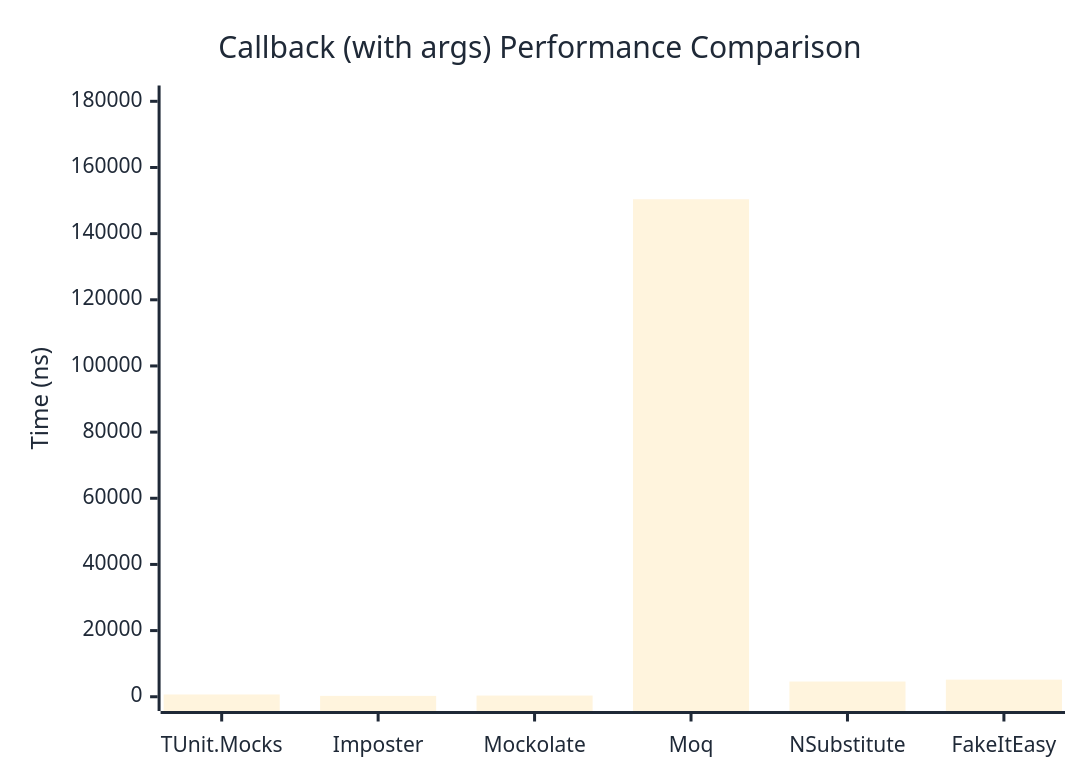
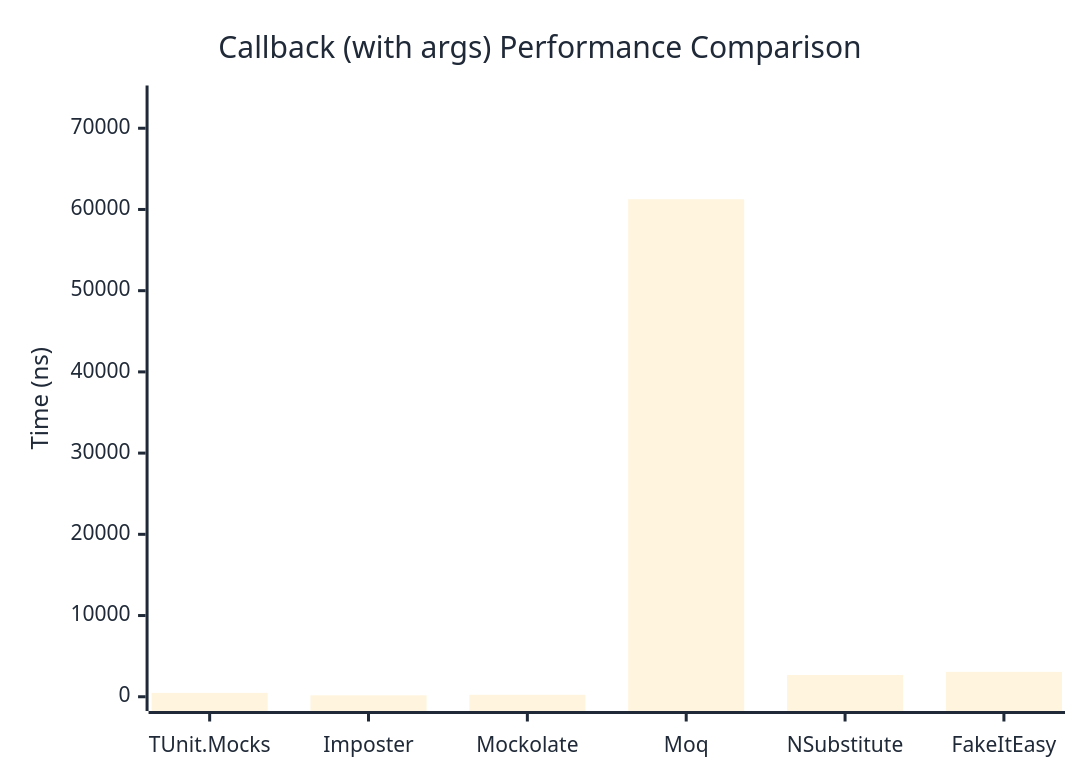
The second of 2 diagrams in docs/docs/benchmarks/mocks/Callback.md (thomhurst/TUnit), drawn with Mermaid before and after one commit. The commit also changed other lines of this file and 14 other files, not shown here.

````diff
--- a/docs/docs/benchmarks/mocks/Callback.md
+++ b/docs/docs/benchmarks/mocks/Callback.md
@@ -71,27 +71,27 @@
 ```mermaid
 %%{init: {
   'theme':'base',
   'themeVariables': {
     'primaryColor': '#2563eb',
     'primaryTextColor': '#1f2937',
     'primaryBorderColor': '#1e40af',
     'lineColor': '#6b7280',
     'secondaryColor': '#7c3aed',
     'tertiaryColor': '#dc2626',
     'background': '#ffffff',
     'pie1': '#2563eb',
     'pie2': '#7c3aed',
     'pie3': '#dc2626',
     'pie4': '#f59e0b',
     'pie5': '#10b981',
     'pie6': '#06b6d4',
     'pie7': '#ec4899',
     'pie8': '#6366f1'
   }
 }}%%
 xychart-beta
   title "Callback (with args) Performance Comparison"
   x-axis ["TUnit.Mocks", "Imposter", "Mockolate", "Moq", "NSubstitute", "FakeItEasy"]
-  y-axis "Time (ns)" 0 --> 180472
-  bar [689.1, 260.8, 363.6, 150392.9, 4601.6, 5168.3]
+  y-axis "Time (ns)" 0 --> 73509
+  bar [475.3, 170.9, 239.2, 61257.2, 2677.5, 3063.4]
 ```
````
